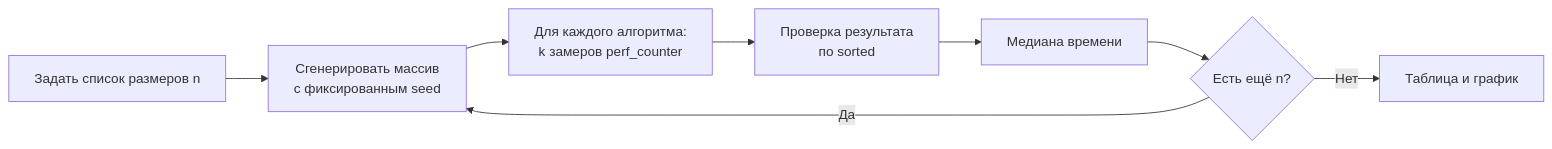
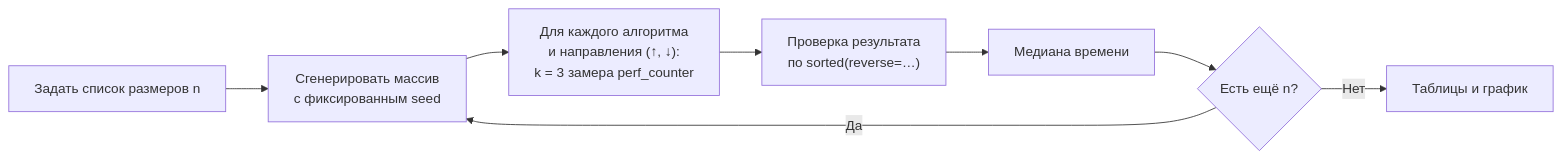
Before and after one commit to imrannasrullaev469-hue/theory-of-algorithms-labs: the third of 3 diagrams in lab2/README.md, drawn with Mermaid. The commit also changed other lines of this file and 12 other files, not shown here.

````diff
--- a/lab2/README.md
+++ b/lab2/README.md
@@ -111,10 +117,10 @@
 ```mermaid
 flowchart LR
     A[Задать список размеров n] --> B["Сгенерировать массив<br/>с фиксированным seed"]
-    B --> C["Для каждого алгоритма:<br/>k замеров perf_counter"]
-    C --> D["Проверка результата<br/>по sorted"]
+    B --> C["Для каждого алгоритма<br/>и направления (↑, ↓):<br/>k = 3 замера perf_counter"]
+    C --> D["Проверка результата<br/>по sorted(reverse=…)"]
     D --> E[Медиана времени]
     E --> F{Есть ещё n?}
     F -- Да --> B
-    F -- Нет --> G[Таблица и график]
+    F -- Нет --> G[Таблицы и график]
 ```
````
